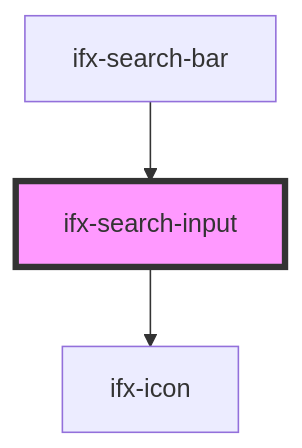
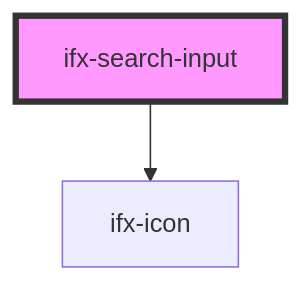
Before and after one commit to Infineon/infineon-design-system-stencil: the diagram in packages/components/src/components/search-input/readme.md, drawn with Mermaid. The commit also changed other lines of this file and 4 other files, not shown here.

````diff
--- a/packages/components/src/components/search-input/readme.md
+++ b/packages/components/src/components/search-input/readme.md
@@ -39,6 +32,5 @@
 ```mermaid
 graph TD;
   ifx-search-input --> ifx-icon
-  ifx-search-bar --> ifx-search-input
   style ifx-search-input fill:#f9f,stroke:#333,stroke-width:4px
 ```
````
